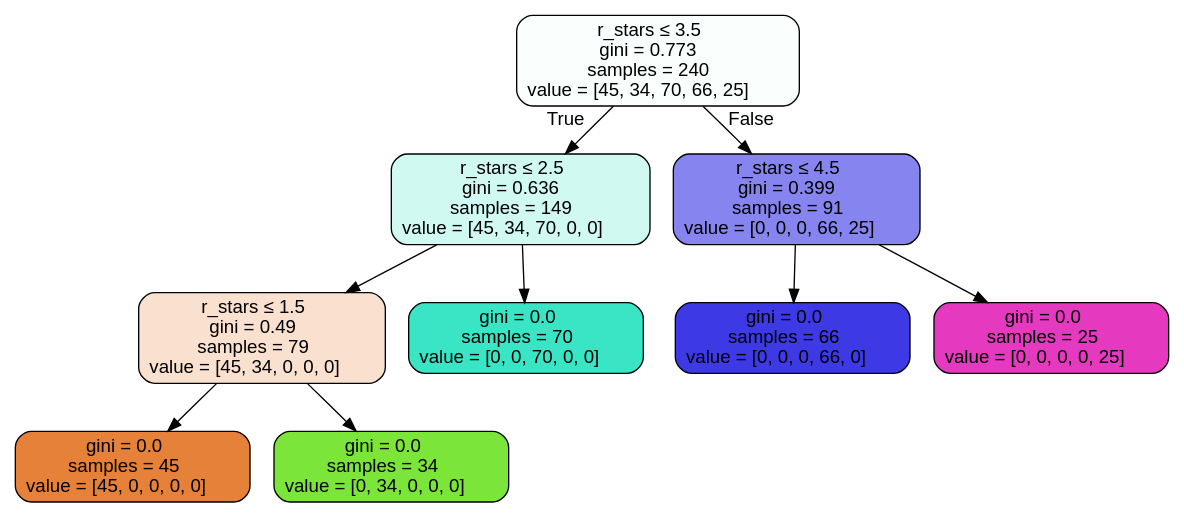
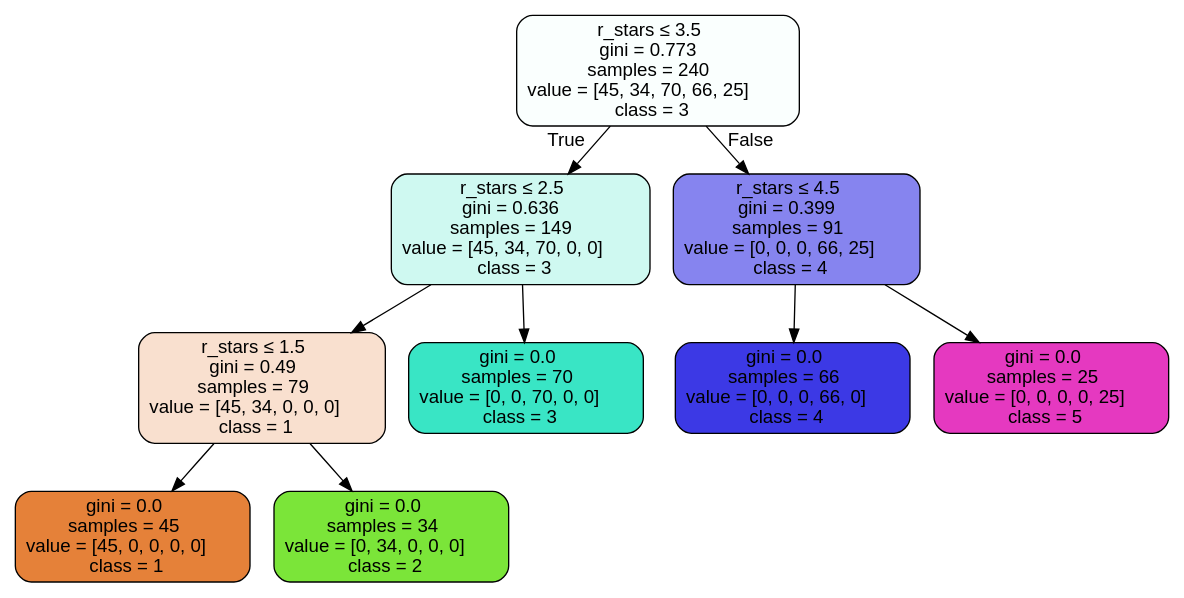
Before and after one commit to bcso/bkf356: the diagram in classification/test.dot, drawn with Graphviz. The commit also changed 2 other files, not shown here.

```diff
--- a/classification/test.dot
+++ b/classification/test.dot
@@ -1,21 +1,21 @@
 digraph Tree {
 node [shape=box, style="filled, rounded", color="black", fontname=helvetica] ;
 edge [fontname=helvetica] ;
-0 [label=<r_stars &le; 3.5<br/>gini = 0.773<br/>samples = 240<br/>value = [45, 34, 70, 66, 25]>, fillcolor="#39e5c506"] ;
-1 [label=<r_stars &le; 2.5<br/>gini = 0.636<br/>samples = 149<br/>value = [45, 34, 70, 0, 0]>, fillcolor="#39e5c53d"] ;
+0 [label=<r_stars &le; 3.5<br/>gini = 0.773<br/>samples = 240<br/>value = [45, 34, 70, 66, 25]<br/>class = 3>, fillcolor="#39e5c506"] ;
+1 [label=<r_stars &le; 2.5<br/>gini = 0.636<br/>samples = 149<br/>value = [45, 34, 70, 0, 0]<br/>class = 3>, fillcolor="#39e5c53d"] ;
 0 -> 1 [labeldistance=2.5, labelangle=45, headlabel="True"] ;
-2 [label=<r_stars &le; 1.5<br/>gini = 0.49<br/>samples = 79<br/>value = [45, 34, 0, 0, 0]>, fillcolor="#e581393e"] ;
+2 [label=<r_stars &le; 1.5<br/>gini = 0.49<br/>samples = 79<br/>value = [45, 34, 0, 0, 0]<br/>class = 1>, fillcolor="#e581393e"] ;
 1 -> 2 ;
-3 [label=<gini = 0.0<br/>samples = 45<br/>value = [45, 0, 0, 0, 0]>, fillcolor="#e58139ff"] ;
+3 [label=<gini = 0.0<br/>samples = 45<br/>value = [45, 0, 0, 0, 0]<br/>class = 1>, fillcolor="#e58139ff"] ;
 2 -> 3 ;
-4 [label=<gini = 0.0<br/>samples = 34<br/>value = [0, 34, 0, 0, 0]>, fillcolor="#7be539ff"] ;
+4 [label=<gini = 0.0<br/>samples = 34<br/>value = [0, 34, 0, 0, 0]<br/>class = 2>, fillcolor="#7be539ff"] ;
 2 -> 4 ;
-5 [label=<gini = 0.0<br/>samples = 70<br/>value = [0, 0, 70, 0, 0]>, fillcolor="#39e5c5ff"] ;
+5 [label=<gini = 0.0<br/>samples = 70<br/>value = [0, 0, 70, 0, 0]<br/>class = 3>, fillcolor="#39e5c5ff"] ;
 1 -> 5 ;
-6 [label=<r_stars &le; 4.5<br/>gini = 0.399<br/>samples = 91<br/>value = [0, 0, 0, 66, 25]>, fillcolor="#3c39e59e"] ;
+6 [label=<r_stars &le; 4.5<br/>gini = 0.399<br/>samples = 91<br/>value = [0, 0, 0, 66, 25]<br/>class = 4>, fillcolor="#3c39e59e"] ;
 0 -> 6 [labeldistance=2.5, labelangle=-45, headlabel="False"] ;
-7 [label=<gini = 0.0<br/>samples = 66<br/>value = [0, 0, 0, 66, 0]>, fillcolor="#3c39e5ff"] ;
+7 [label=<gini = 0.0<br/>samples = 66<br/>value = [0, 0, 0, 66, 0]<br/>class = 4>, fillcolor="#3c39e5ff"] ;
 6 -> 7 ;
-8 [label=<gini = 0.0<br/>samples = 25<br/>value = [0, 0, 0, 0, 25]>, fillcolor="#e539c0ff"] ;
+8 [label=<gini = 0.0<br/>samples = 25<br/>value = [0, 0, 0, 0, 25]<br/>class = 5>, fillcolor="#e539c0ff"] ;
 6 -> 8 ;
 }
```
